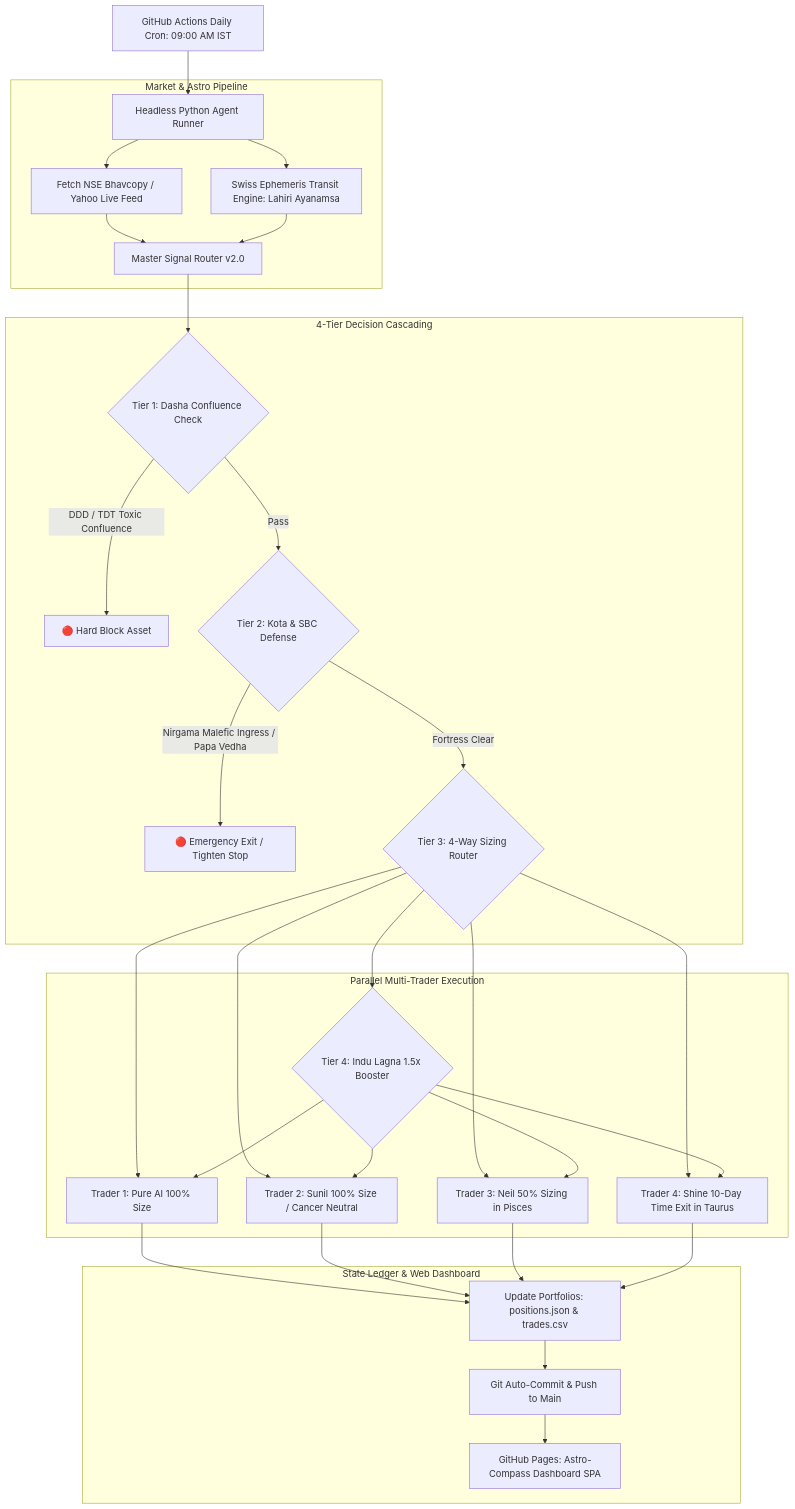
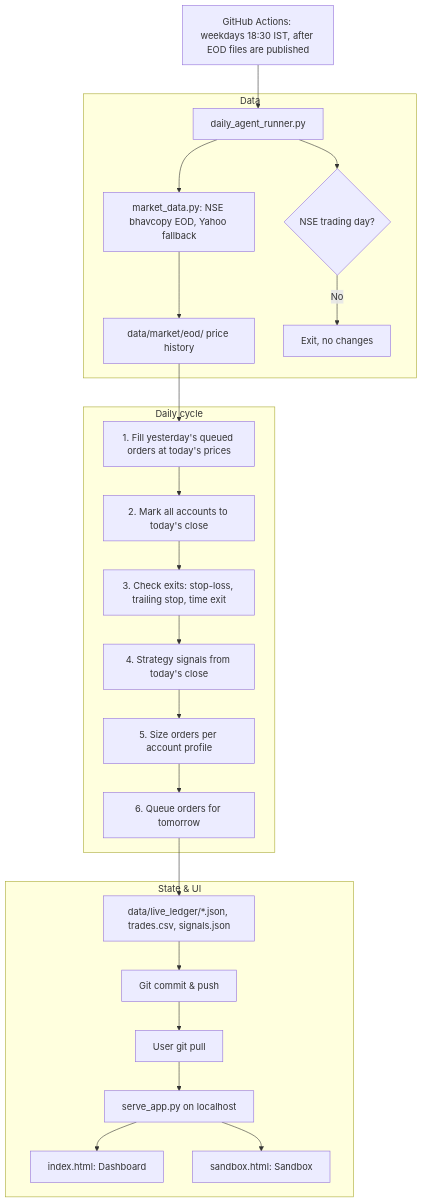
The diagram in docs/astro-trader-app/SYSTEM_SPECIFICATION_v1.md (SunenaB3504/Trading), drawn with Mermaid before and after one commit. The commit also changed other lines of this file and 24 other files, not shown here.

First line of the commit message:
refactor: strip astrology from the paper-trading app (Phase 0, SSD/MIP v3.0)

````diff
--- a/docs/astro-trader-app/SYSTEM_SPECIFICATION_v1.md
+++ b/docs/astro-trader-app/SYSTEM_SPECIFICATION_v1.md
@@ -31,34 +35,29 @@
 ```mermaid
 graph TD
-    Cron[GitHub Actions Daily Cron: 09:00 AM IST] --> Runner[Headless Python Agent Runner]
-    
-    subgraph Market & Astro Pipeline
-        Runner --> D1[Fetch NSE Bhavcopy / Yahoo Live Feed]
-        Runner --> D2[Swiss Ephemeris Transit Engine: Lahiri Ayanamsa]
-        D1 & D2 --> Engine[Master Signal Router v2.0]
+    Cron[GitHub Actions: weekdays 18:30 IST, after EOD files are published] --> Runner[daily_agent_runner.py]
+
+    subgraph Data
+        Runner --> MD[market_data.py: NSE bhavcopy EOD, Yahoo fallback]
+        MD --> Hist[data/market/eod/ price history]
+        Runner --> Cal{NSE trading day?}
+        Cal -->|No| Stop[Exit, no changes]
     end
-    
-    subgraph 4-Tier Decision Cascading
-        Engine --> T1{Tier 1: Dasha Confluence Check}
-        T1 -->|DDD / TDT Toxic Confluence| B1[🔴 Hard Block Asset]
-        T1 -->|Pass| T2{Tier 2: Kota & SBC Defense}
-        T2 -->|Nirgama Malefic Ingress / Papa Vedha| B2[🔴 Emergency Exit / Tighten Stop]
-        T2 -->|Fortress Clear| T3{Tier 3: 4-Way Sizing Router}
+
+    subgraph Daily cycle
+        Hist --> Fill[1. Fill yesterday's queued orders at today's prices]
+        Fill --> MTM[2. Mark all accounts to today's close]
+        MTM --> Exits[3. Check exits: stop-loss, trailing stop, time exit]
+        Exits --> Sig[4. Strategy signals from today's close]
+        Sig --> Prof[5. Size orders per account profile]
+        Prof --> Queue[6. Queue orders for tomorrow]
     end
-    
-    subgraph Parallel Multi-Trader Execution
-        T3 --> P1[Trader 1: Pure AI 100% Size]
-        T3 --> P2[Trader 2: Sunil 100% Size / Cancer Neutral]
-        T3 --> P3[Trader 3: Neil 50% Sizing in Pisces]
-        T3 --> P4[Trader 4: Shine 10-Day Time Exit in Taurus]
-        
-        T3 --> T4{Tier 4: Indu Lagna 1.5x Booster}
-        T4 --> P1 & P2 & P3 & P4
-    end
-    
-    subgraph State Ledger & Web Dashboard
-        P1 & P2 & P3 & P4 --> Ledger[Update Portfolios: positions.json & trades.csv]
-        Ledger --> Commit[Git Auto-Commit & Push to Main]
-        Commit --> Pages[GitHub Pages: Astro-Compass Dashboard SPA]
+
+    subgraph State & UI
+        Queue --> Ledger[data/live_ledger/*.json, trades.csv, signals.json]
+        Ledger --> Commit[Git commit & push]
+        Commit --> Pull[User git pull]
+        Pull --> Server[serve_app.py on localhost]
+        Server --> Dash[index.html: Dashboard]
+        Server --> Sand[sandbox.html: Sandbox]
     end
 ```
````
